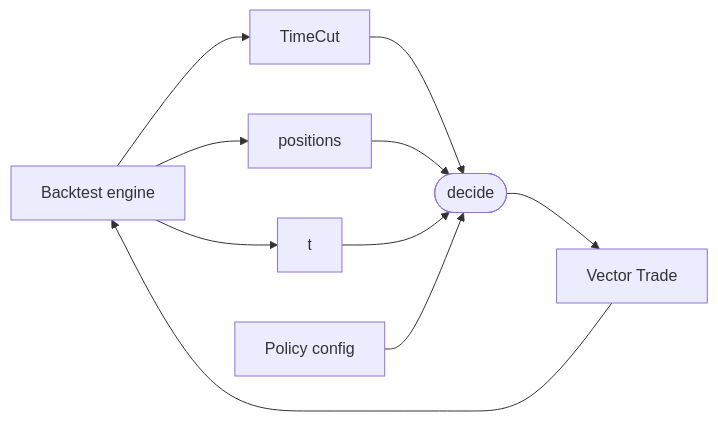
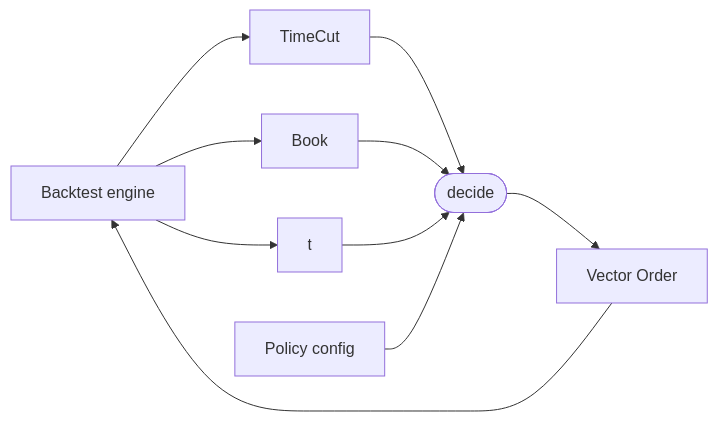
One commit to aleCombi/VolSurfaceAnalysis.jl changed the diagram in docs/modules/policies.md. Above: the diagram before and after it, drawn with Mermaid. The commit also changed other lines of this file and 41 other files, not shown here.

First line of the commit message:
backtest: the engine switches to orders and the book; positions retired

````diff
--- a/docs/modules/policies.md
+++ b/docs/modules/policies.md
@@ -19,12 +19,12 @@
 ```mermaid
 flowchart LR
     Engine[Backtest engine] --> Cut[TimeCut]
-    Engine --> Ledger[positions]
+    Engine --> Book[Book]
     Engine --> Clock[t]
     Cut --> D([decide])
-    Ledger --> D
+    Book --> D
     Clock --> D
     Policy[Policy config] --> D
-    D --> Orders[Vector Trade]
+    D --> Orders[Vector Order]
     Orders --> Engine
 ```
````
